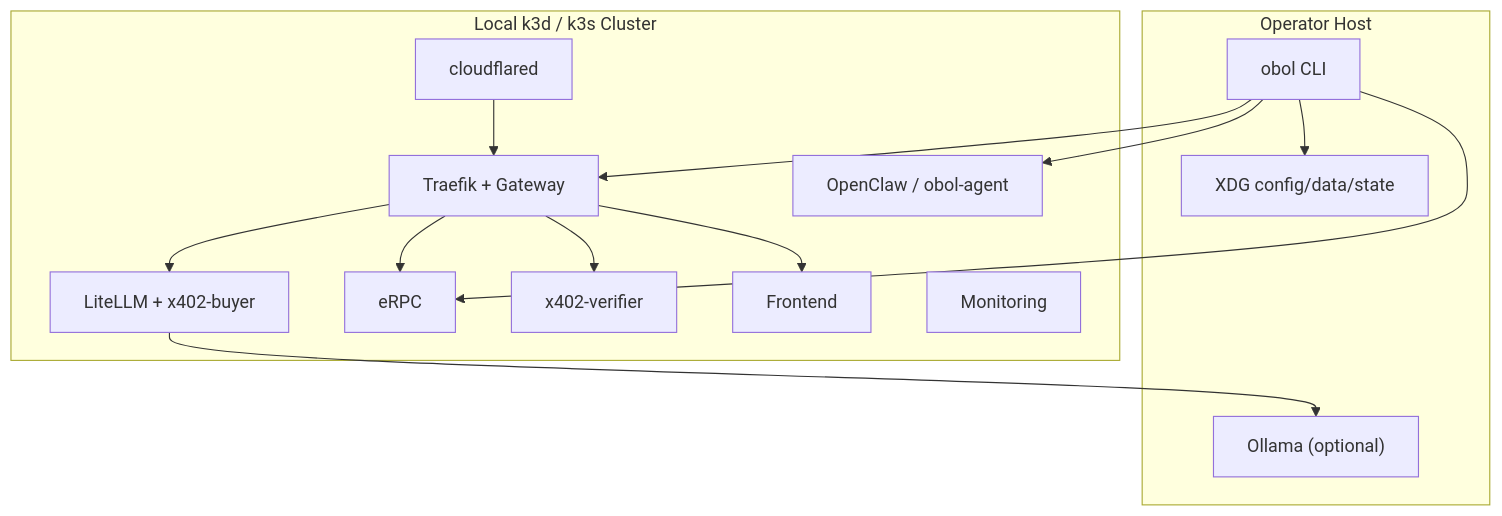
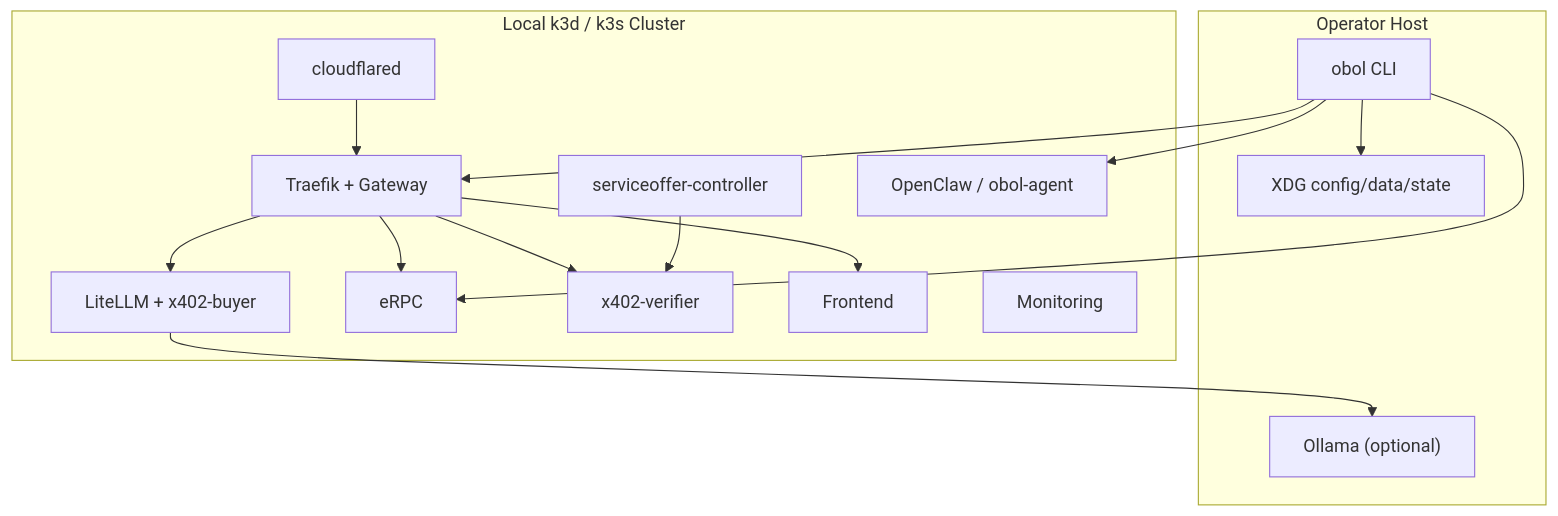
One commit to ObolNetwork/obol-stack changed the seventh of 8 diagrams in ARCHITECTURE.md. Above: the diagram before and after it, drawn with Mermaid. The commit also changed other lines of this file and 3 other files, not shown here.

First line of the commit message:
docs: sync spec bundle with serviceoffer-controller refactor (#288)

````diff
--- a/ARCHITECTURE.md
+++ b/ARCHITECTURE.md
@@ -258,30 +264,32 @@
 ```mermaid
 graph TD
     subgraph "Operator Host"
         CLI["obol CLI"]
         XDG["XDG config/data/state"]
         OLLAMA["Ollama (optional)"]
     end
 
     subgraph "Local k3d / k3s Cluster"
         TRAEFIK["Traefik + Gateway"]
         CLOUDFLARED["cloudflared"]
         LLM["LiteLLM + x402-buyer"]
         ERPC["eRPC"]
         X402["x402-verifier"]
+        SOCTL["serviceoffer-controller"]
         OCA["OpenClaw / obol-agent"]
         FE["Frontend"]
         MON["Monitoring"]
     end
 
     CLI --> XDG
     CLI --> TRAEFIK
     CLI --> OCA
     CLI --> ERPC
     LLM --> OLLAMA
     CLOUDFLARED --> TRAEFIK
     TRAEFIK --> FE
     TRAEFIK --> ERPC
     TRAEFIK --> X402
+    SOCTL --> X402
     TRAEFIK --> LLM
 ```
````
